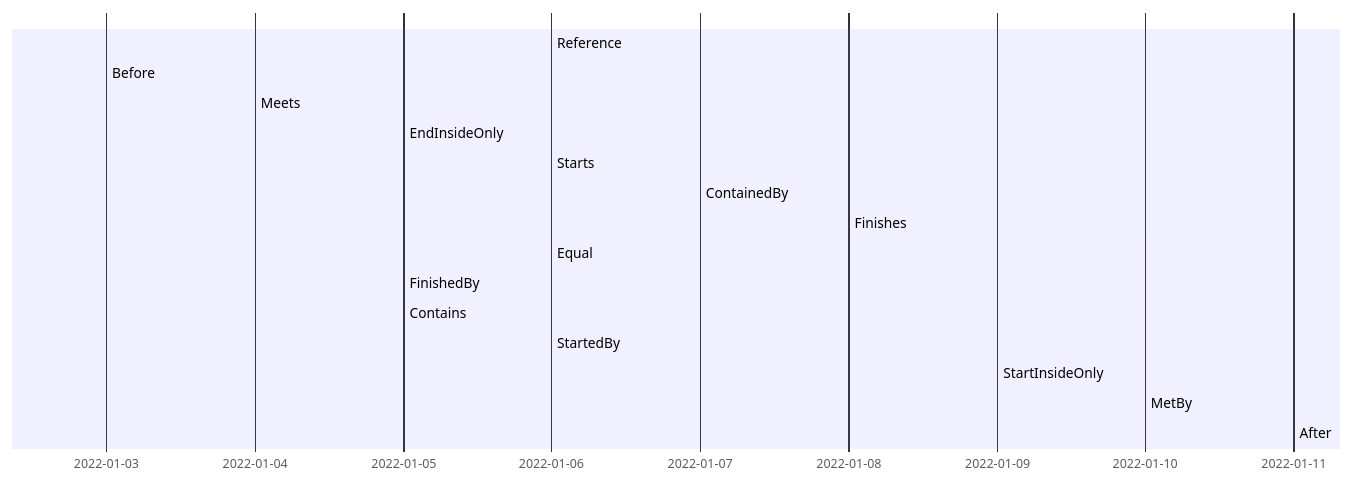
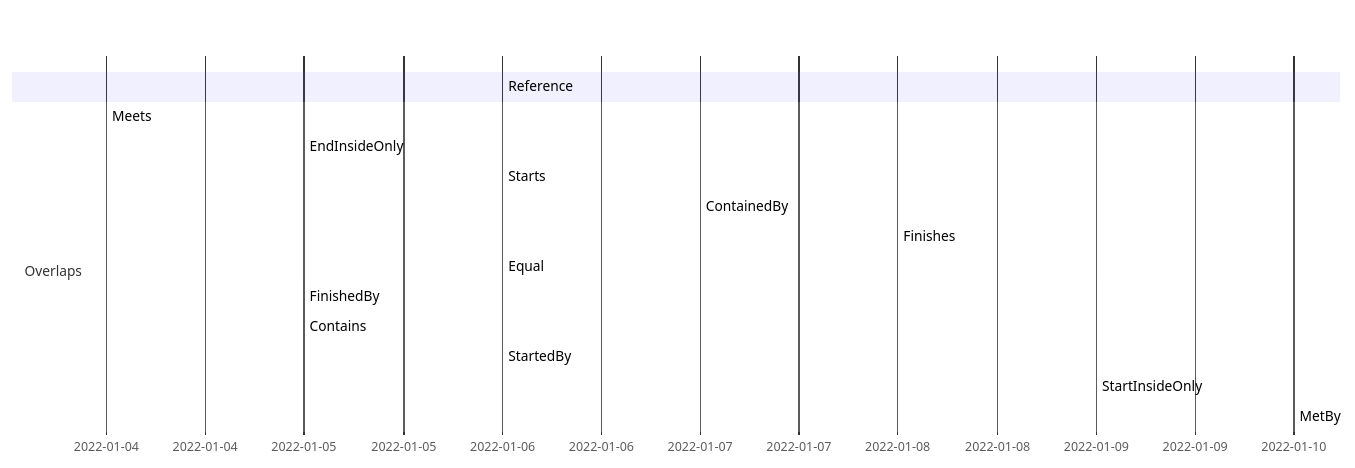
The diagram in README.md (viclang/IntervalSets), drawn with Mermaid before and after one commit. The commit also changed 8 other files, not shown here.

````diff
--- a/README.md
+++ b/README.md
@@ -5,17 +5,22 @@
 ```mermaid
 gantt
     Reference :active, a, 2022-01-06, 2022-01-10
+    section
     Before :crit, b, 2022-01-03, 2022-01-05
-    Meets :crit, c, 2022-01-04, 2022-01-06
+
+    section Overlaps
+    Meets :crit, c, 2022-01-04, 2022-01-06
     EndInsideOnly :crit, d, 2022-01-05, 2022-01-07
     Starts :crit, e, 2022-01-06, 2022-01-08
     ContainedBy :crit, f, 2022-01-07, 2022-01-09
     Finishes :crit, g, 2022-01-08, 2022-01-10
     Equal :crit, h, 2022-01-06, 2022-01-10
     FinishedBy :crit, i, 2022-01-05, 2022-01-10
     Contains :crit, j, 2022-01-05, 2022-01-11
     StartedBy :crit, k, 2022-01-06, 2022-01-11
     StartInsideOnly :crit, l, 2022-01-09, 2022-01-11
     MetBy :crit, m, 2022-01-10, 2022-01-12
+
+    section
     After :crit, n, 2022-01-11, 2022-01-13
 ```
````
